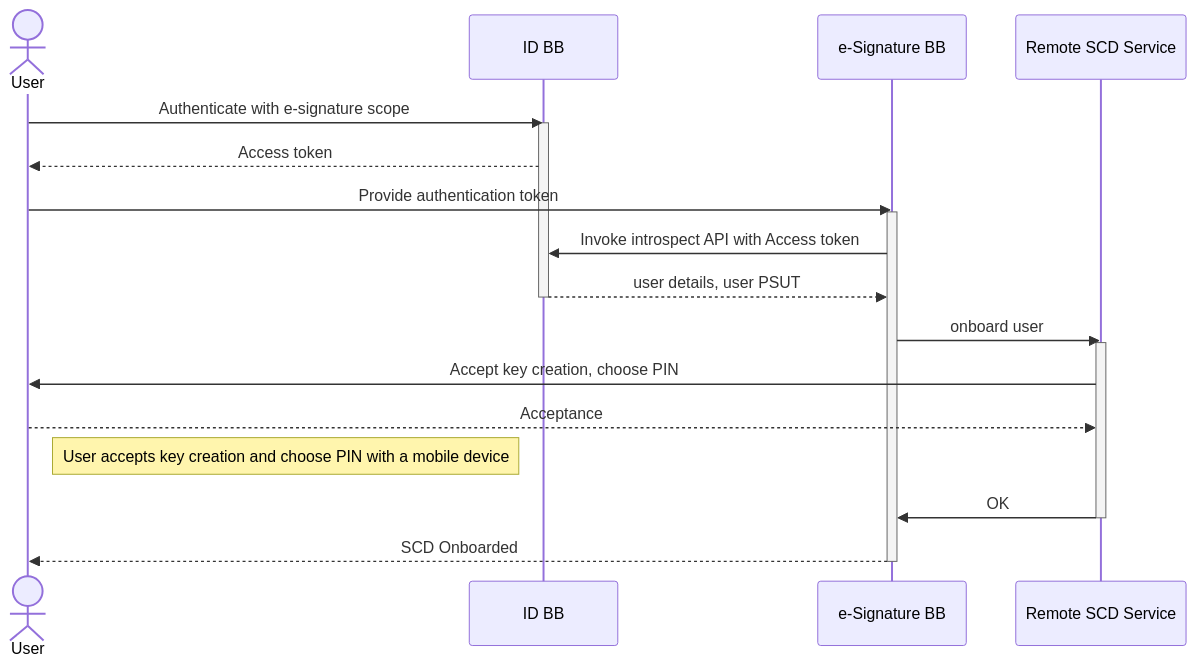
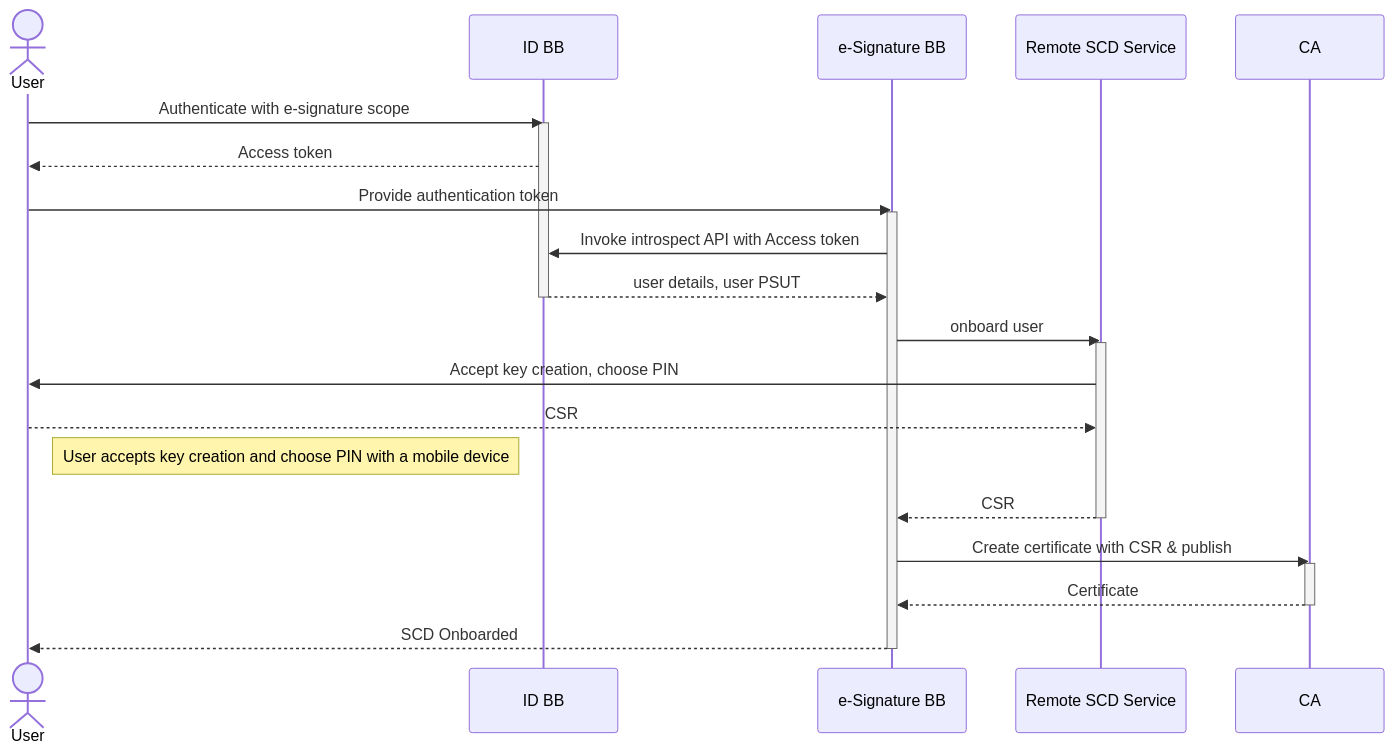
One commit to GovStackWorkingGroup/bb-esignature changed the second of 3 diagrams in spec/9-workflows.md. Above: the diagram before and after it, drawn with Mermaid. The commit also changed other lines of this file, not shown here.

Commit message:
GITBOOK-42: Drafted Internal workflow for signing with user's device

````diff
--- a/spec/9-workflows.md
+++ b/spec/9-workflows.md
@@ -75,22 +75,26 @@
 ```mermaid
 sequenceDiagram
     actor User
     User->>ID BB: Authenticate with e-signature scope
     activate ID BB
     ID BB-->>User: Access token
     User->>e-Signature BB: Provide authentication token
     activate e-Signature BB
     e-Signature BB->>ID BB: Invoke introspect API with Access token
     ID BB-->>e-Signature BB: user details, user PSUT
     deactivate ID BB
     e-Signature BB->>Remote SCD Service: onboard user
     activate Remote SCD Service
     Remote SCD Service->>User: Accept key creation, choose PIN
-    User-->>Remote SCD Service: Acceptance
+    User-->>Remote SCD Service: CSR
     Note right of User: User accepts key creation and choose PIN with a mobile device
-    Remote SCD Service->>e-Signature BB: OK
+    Remote SCD Service-->>e-Signature BB: CSR
     deactivate Remote SCD Service
+    e-Signature BB->>CA: Create certificate with CSR & publish
+    activate CA
+    CA-->>e-Signature BB: Certificate
+    deactivate CA
     e-Signature BB-->>User: SCD Onboarded
     deactivate e-Signature BB
 
 ```
````
